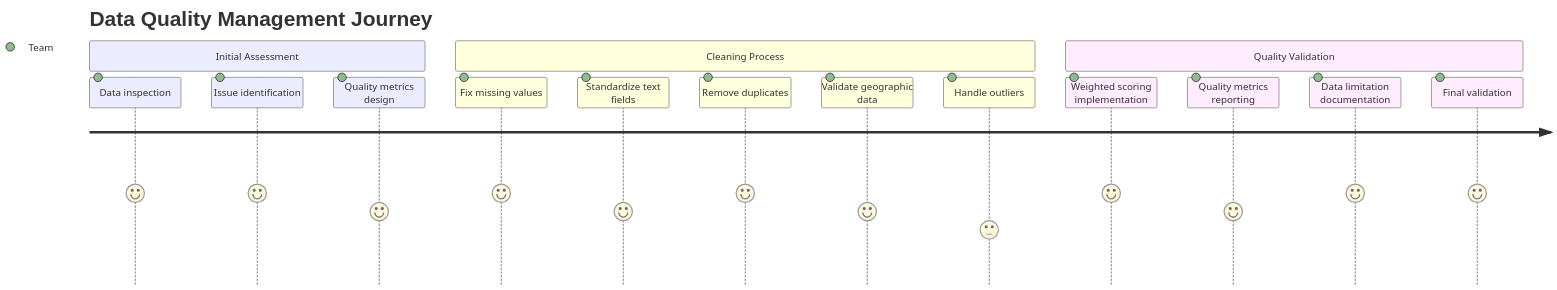
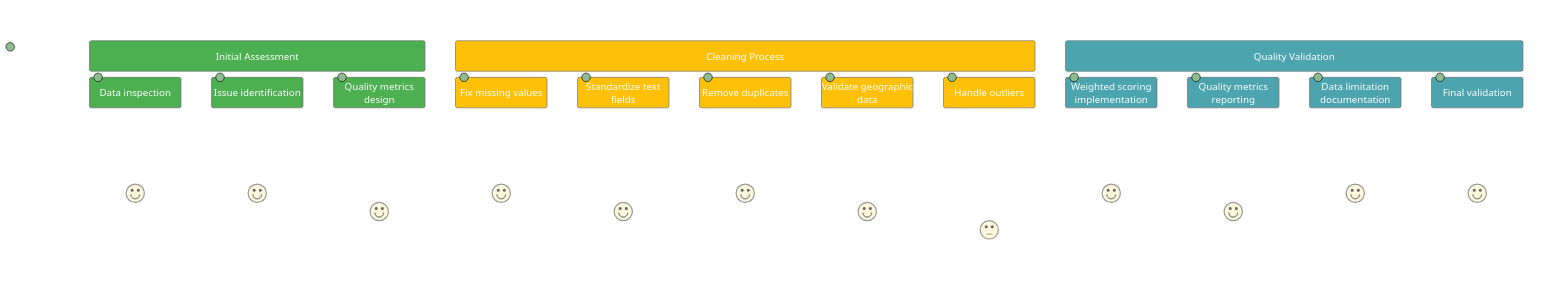
Before and after one commit to tzolkowski96/tzolkowski96: the sixth of 10 diagrams in us-household-income-analysis/README.md, drawn with Mermaid. The commit also changed other lines of this file, not shown here.

````diff
--- a/us-household-income-analysis/README.md
+++ b/us-household-income-analysis/README.md
@@ -790,19 +814,21 @@
 ```mermaid
+%%{init: {'theme': 'base', 'themeVariables': { 'primaryColor': '#4CAF50', 'primaryTextColor': '#fff', 'primaryBorderColor': '#2E7D32', 'lineColor': '#2E7D32', 'secondaryColor': '#FFC107', 'secondaryTextColor': '#000', 'secondaryBorderColor': '#FFA000', 'tertiaryColor': '#F44336', 'tertiaryTextColor': '#fff', 'tertiaryBorderColor': '#D32F2F', 'journeyFontSize': '16px' }}}%%
+
 journey
     title Data Quality Management Journey
     section Initial Assessment
-        Data inspection: 5: Team
-        Issue identification: 5: Team
-        Quality metrics design: 4: Team
+        Data inspection: 5: Me
+        Issue identification: 5: Me
+        Quality metrics design: 4: Me
     section Cleaning Process 
-        Fix missing values: 5: Team
-        Standardize text fields: 4: Team
-        Remove duplicates: 5: Team
-        Validate geographic data: 4: Team
-        Handle outliers: 3: Team
+        Fix missing values: 5: Me
+        Standardize text fields: 4: Me
+        Remove duplicates: 5: Me
+        Validate geographic data: 4: Me
+        Handle outliers: 3: Me
     section Quality Validation
-        Weighted scoring implementation: 5: Team
-        Quality metrics reporting: 4: Team
-        Data limitation documentation: 5: Team
-        Final validation: 5: Team
+        Weighted scoring implementation: 5: Me
+        Quality metrics reporting: 4: Me
+        Data limitation documentation: 5: Me
+        Final validation: 5: Me
 ```
````
